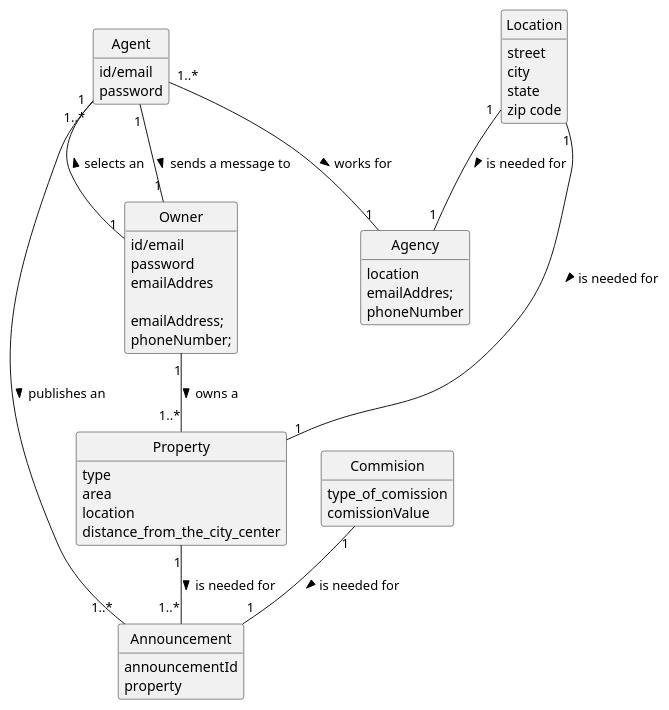
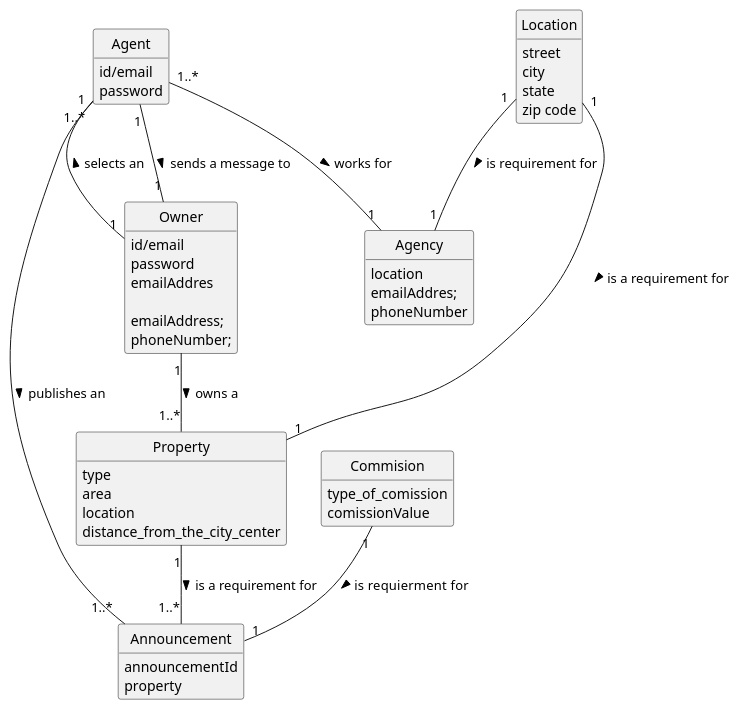
One commit to Rodrick0209/ISEP-LAPR2-22-23 changed the diagram in docs/Sprint-D/US002/02.analysis/puml/us002-domain-model.puml. Above: the diagram before and after it, drawn with PlantUML. The commit also changed 7 other files, not shown here.

```diff
--- a/docs/Sprint-D/US002/02.analysis/puml/us002-domain-model.puml
+++ b/docs/Sprint-D/US002/02.analysis/puml/us002-domain-model.puml
@@ -1,64 +1,64 @@
 @startuml
 skinparam monochrome true
 skinparam packageStyle rectangle
 skinparam shadowing false
 
 'left to right direction
 
 skinparam classAttributeIconSize 0
 
 hide circle
 hide methods
 
 class Agency{
     location
     emailAddres;
     phoneNumber
 }
 class Agent {
 id/email
 password
 }
 
 class Location{
 street
 city
 state
 zip code
 }
 
 class Owner {
 id/email
 password
 emailAddres
 
 emailAddress;
 phoneNumber;
 }
 
 class Property {
    type
    area
    location
     distance_from_the_city_center
 }
 
 class Announcement {
 announcementId
      property
   }
  class Commision {
      type_of_comission
      comissionValue
      }
 
 Owner "1" -- "1..*" Agent : selects an >
 Owner "1" -- "1..*" Property : owns a >
 Agent "1" -- "1..*" Announcement : publishes an >
 Agent "1..*" -- "1" Agency : works for >
-Property "1"-- "1..*"Announcement: is needed for  >
-Location "1"--"1" Property : is needed for >
-Location "1"--"1" Agency : is needed for >
-Commision "1"--"1" Announcement : is needed for >
+Property "1"-- "1..*"Announcement: is a requirement for  >
+Location "1"--"1" Property : is a requirement for >
+Location "1"--"1" Agency : is requirement for >
+Commision "1"--"1" Announcement : is requierment  for >
 Agent "1"--"1" Owner : sends a message to >
 @enduml
```
